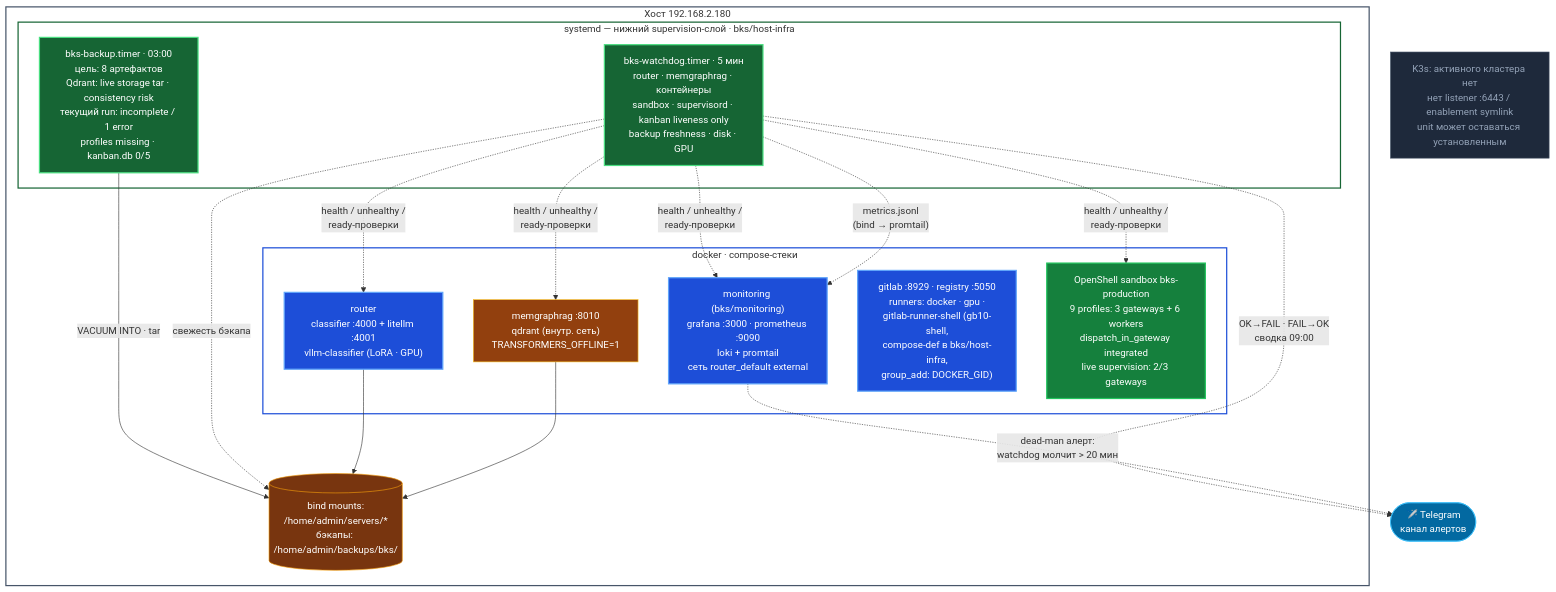
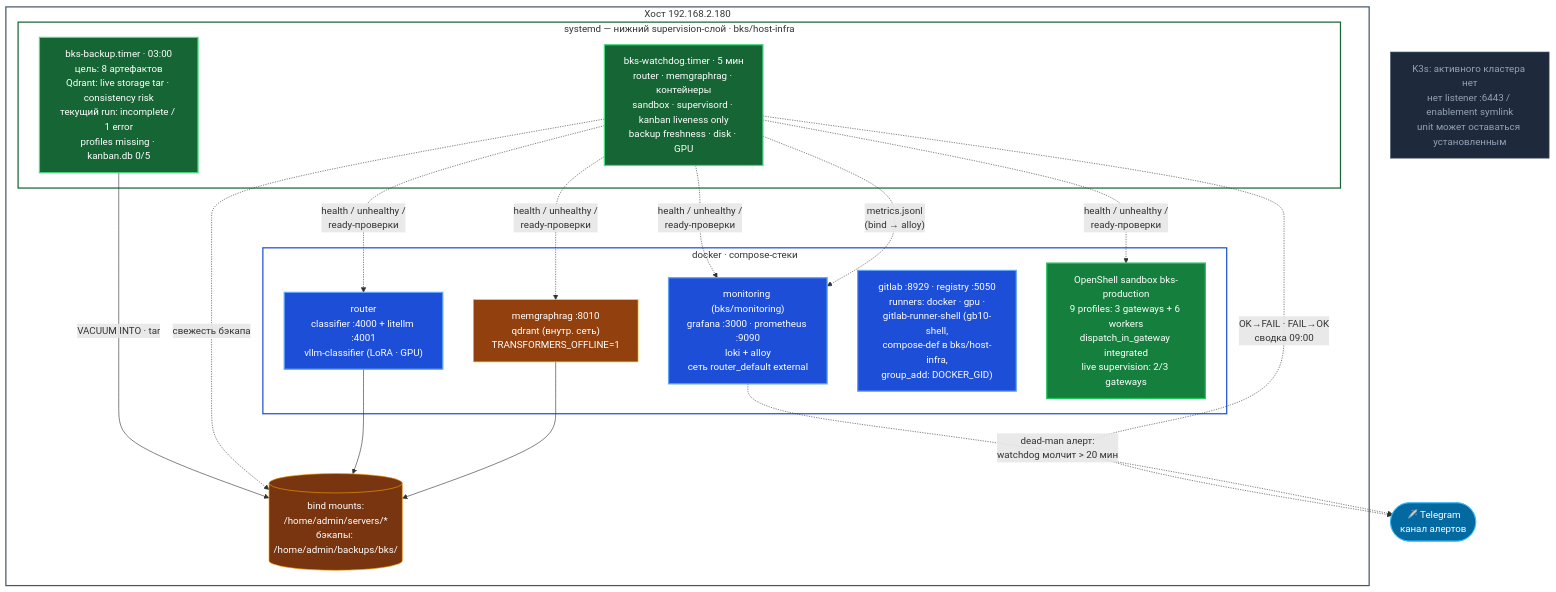
One commit to rndkrkn-boop/bks-infra-docs changed the fourth of 6 diagrams in ARCHITECTURE_MERMAID.md. Above: the diagram before and after it, drawn with Mermaid. The commit also changed other lines of this file and 3 other files, not shown here.

First line of the commit message:
docs: апгрейд стека логирования — Promtail -> Alloy, Loki 3.4 -> 3.7

````diff
--- a/ARCHITECTURE_MERMAID.md
+++ b/ARCHITECTURE_MERMAID.md
@@ -344,45 +344,45 @@
 ```mermaid
 flowchart TD
     classDef reg    fill:#7f1d1d,stroke:#dc2626,color:#fff,stroke-width:2px
     classDef deploy fill:#1d4ed8,stroke:#60a5fa,color:#fff,stroke-width:2px
     classDef vllm   fill:#6d28d9,stroke:#a78bfa,color:#fff,stroke-width:2px
     classDef memory fill:#92400e,stroke:#fbbf24,color:#fff,stroke-width:1px
     classDef sysd   fill:#166534,stroke:#4ade80,color:#fff,stroke-width:2px
     classDef data   fill:#78350f,stroke:#f59e0b,color:#fff,stroke-width:1px
     classDef agent  fill:#15803d,stroke:#22c55e,color:#fff,stroke-width:2px
     classDef dead   fill:#1e293b,stroke:#475569,color:#94a3b8,stroke-width:1px
     classDef tg     fill:#0369a1,stroke:#38bdf8,color:#fff,stroke-width:1px
 
     K3SDEAD["K3s: активного кластера нет\nнет listener :6443 / enablement symlink\nunit может оставаться установленным"]:::dead
 
     TGA(["✈️ Telegram\nканал алертов"]):::tg
 
     subgraph HOST["Хост 192.168.2.180"]
         subgraph SYSD["systemd — нижний supervision-слой · bks/host-infra"]
             WD["bks-watchdog.timer · 5 мин\nrouter · memgraphrag · контейнеры\nsandbox · supervisord · kanban liveness only\nbackup freshness · disk · GPU"]:::sysd
             BK["bks-backup.timer · 03:00\nцель: 8 артефактов\nQdrant: live storage tar · consistency risk\nтекущий run: incomplete / 1 error\nprofiles missing · kanban.db 0/5"]:::sysd
         end
 
         subgraph DOCKER["docker · compose-стеки"]
             RTR["router\nclassifier :4000 + litellm :4001\nvllm-classifier (LoRA · GPU)"]:::deploy
             MGR["memgraphrag :8010\nqdrant (внутр. сеть)\nTRANSFORMERS_OFFLINE=1"]:::memory
-            MONS["monitoring (bks/monitoring)\ngrafana :3000 · prometheus :9090\nloki + promtail\nсеть router_default external"]:::deploy
+            MONS["monitoring (bks/monitoring)\ngrafana :3000 · prometheus :9090\nloki + alloy\nсеть router_default external"]:::deploy
             GLB["gitlab :8929 · registry :5050\nrunners: docker · gpu ·\ngitlab-runner-shell (gb10-shell,\ncompose-def в bks/host-infra,\ngroup_add: DOCKER_GID)"]:::deploy
             SBX["OpenShell sandbox bks-production\n9 profiles: 3 gateways + 6 workers\ndispatch_in_gateway integrated\nlive supervision: 2/3 gateways"]:::agent
         end
 
         DATA[("bind mounts:\n/home/admin/servers/*\nбэкапы: /home/admin/backups/bks/")]:::data
     end
 
     WD -.->|"health / unhealthy /\nready-проверки"| RTR & MGR & MONS & SBX
     WD -.->|"OK→FAIL · FAIL→OK\nсводка 09:00"| TGA
-    WD -.->|"metrics.jsonl\n(bind → promtail)"| MONS
+    WD -.->|"metrics.jsonl\n(bind → alloy)"| MONS
     MONS -.->|"dead-man алерт:\nwatchdog молчит > 20 мин"| TGA
     BK -->|"VACUUM INTO · tar"| DATA
     WD -.->|"свежесть бэкапа"| DATA
     RTR & MGR --> DATA
 
     style HOST   fill:none,stroke:#475569,stroke-width:2px
     style SYSD   fill:none,stroke:#166534,stroke-width:2px
     style DOCKER fill:none,stroke:#1d4ed8,stroke-width:2px
 ```
````
